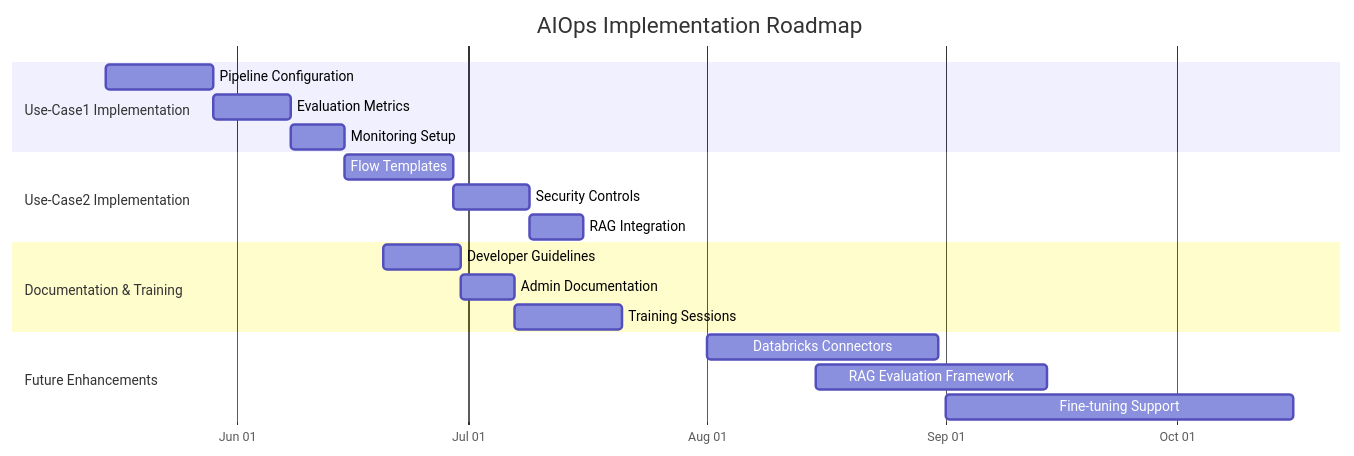
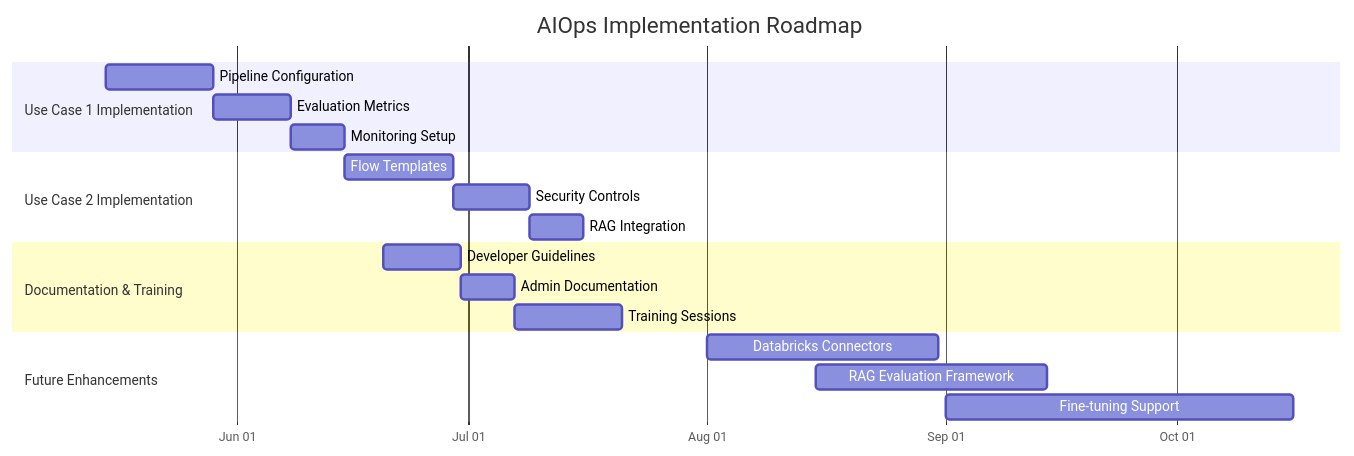
One commit to iAli61/AIOps-generic changed the seventh of 7 diagrams in Docs/AIOps_Presentation-new.md. Above: the diagram before and after it, drawn with Mermaid. The commit also changed other lines of this file and 2 other files, not shown here.

````diff
--- a/Docs/AIOps_Presentation-new.md
+++ b/Docs/AIOps_Presentation-new.md
@@ -273,26 +273,26 @@
 ```mermaid
 gantt
     title AIOps Implementation Roadmap
     dateFormat  YYYY-MM-DD
     axisFormat %b %d
     
-    section Use-Case1 Implementation
-    Pipeline Configuration     :uc1_1, 2025-05-15, 14d
+    section Use Case 1 Implementation
+    Pipeline Configuration     :uc1_1, 2023-05-15, 14d
     Evaluation Metrics         :uc1_2, after uc1_1, 10d
     Monitoring Setup           :uc1_3, after uc1_2, 7d
     
-    section Use-Case2 Implementation
-    Flow Templates             :uc2_1, 2025-06-15, 14d
+    section Use Case 2 Implementation
+    Flow Templates             :uc2_1, 2023-06-15, 14d
     Security Controls          :uc2_2, after uc2_1, 10d
     RAG Integration            :uc2_3, after uc2_2, 7d
     
     section Documentation & Training
-    Developer Guidelines       :doc1, 2025-06-20, 10d
+    Developer Guidelines       :doc1, 2023-06-20, 10d
     Admin Documentation        :doc2, after doc1, 7d
     Training Sessions          :doc3, after doc2, 14d
     
     section Future Enhancements
-    Databricks Connectors      :fut1, 2025-08-01, 30d
-    RAG Evaluation Framework   :fut2, 2025-08-15, 30d
-    Fine-tuning Support        :fut3, 2025-09-01, 45d
+    Databricks Connectors      :fut1, 2023-08-01, 30d
+    RAG Evaluation Framework   :fut2, 2023-08-15, 30d
+    Fine-tuning Support        :fut3, 2023-09-01, 45d
 ```
````
